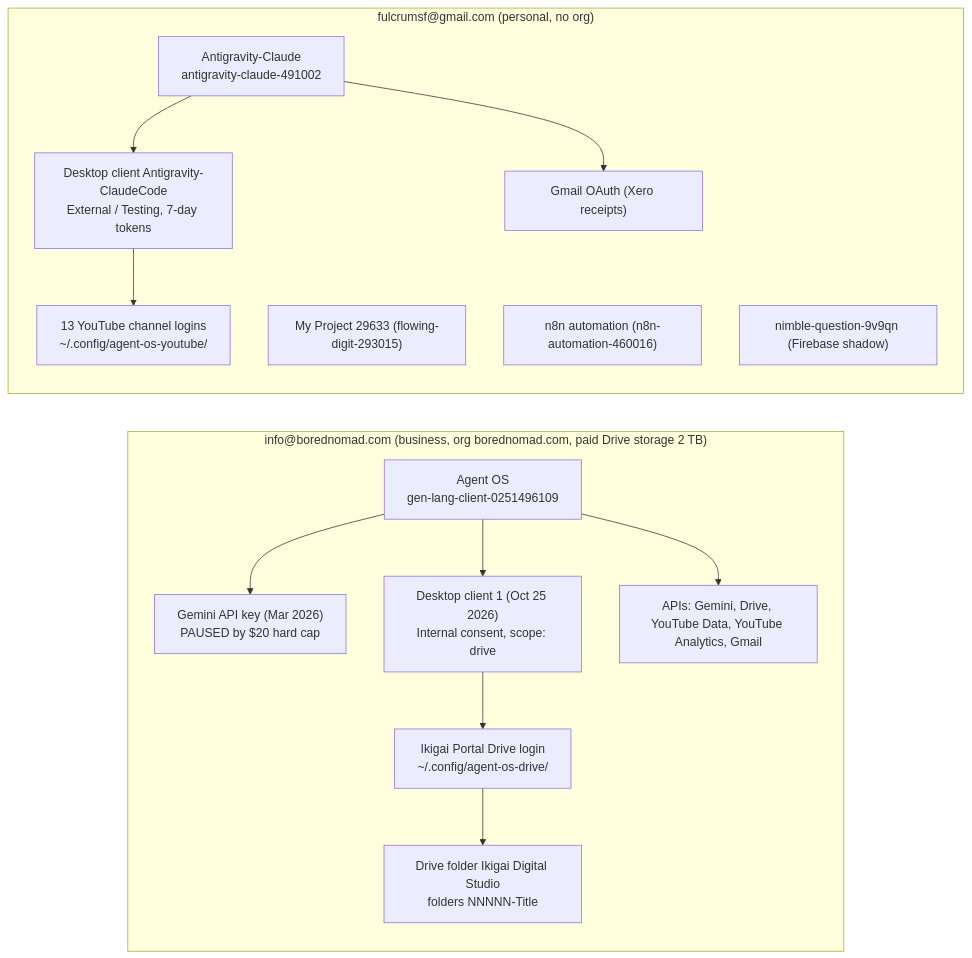
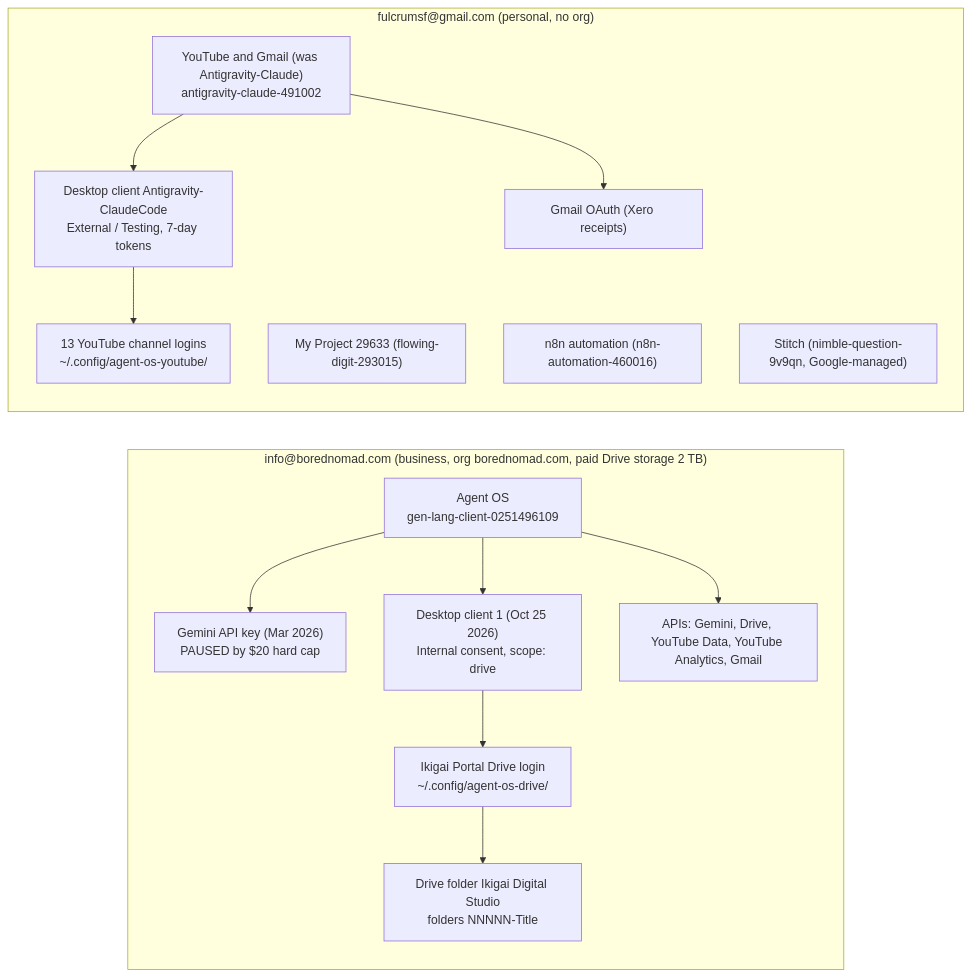
One commit to fulcrumsf/Claude-Agent-V1 changed the diagram in 001_Architecture/Google_Cloud_Map.md. Above: the diagram before and after it, drawn with Mermaid. The commit also changed other lines of this file, not shown here.

Commit message:
docs: Google Cloud map rename (YouTube and Gmail, Stitch)

````diff
--- a/001_Architecture/Google_Cloud_Map.md
+++ b/001_Architecture/Google_Cloud_Map.md
@@ -12,20 +12,20 @@
 ```mermaid
 flowchart LR
   subgraph BN["info@borednomad.com (business, org borednomad.com, paid Drive storage 2 TB)"]
     A["Agent OS<br/>gen-lang-client-0251496109"]
     A --> A1["Gemini API key (Mar 2026)<br/>PAUSED by $20 hard cap"]
     A --> A2["Desktop client 1 (Oct 25 2026)<br/>Internal consent, scope: drive"]
     A --> A3["APIs: Gemini, Drive, YouTube Data, YouTube Analytics, Gmail"]
     A2 --> D["Ikigai Portal Drive login<br/>~/.config/agent-os-drive/"]
     D --> F["Drive folder Ikigai Digital Studio<br/>folders NNNNN-Title"]
   end
   subgraph PS["fulcrumsf@gmail.com (personal, no org)"]
-    P["Antigravity-Claude<br/>antigravity-claude-491002"]
+    P["YouTube and Gmail (was Antigravity-Claude)<br/>antigravity-claude-491002"]
     P --> P1["Desktop client Antigravity-ClaudeCode<br/>External / Testing, 7-day tokens"]
     P1 --> Y["13 YouTube channel logins<br/>~/.config/agent-os-youtube/"]
     P --> P2["Gmail OAuth (Xero receipts)"]
     X1["My Project 29633 (flowing-digit-293015)"]
     X2["n8n automation (n8n-automation-460016)"]
-    X3["nimble-question-9v9qn (Firebase shadow)"]
+    X3["Stitch (nimble-question-9v9qn, Google-managed)"]
   end
 ```
````
